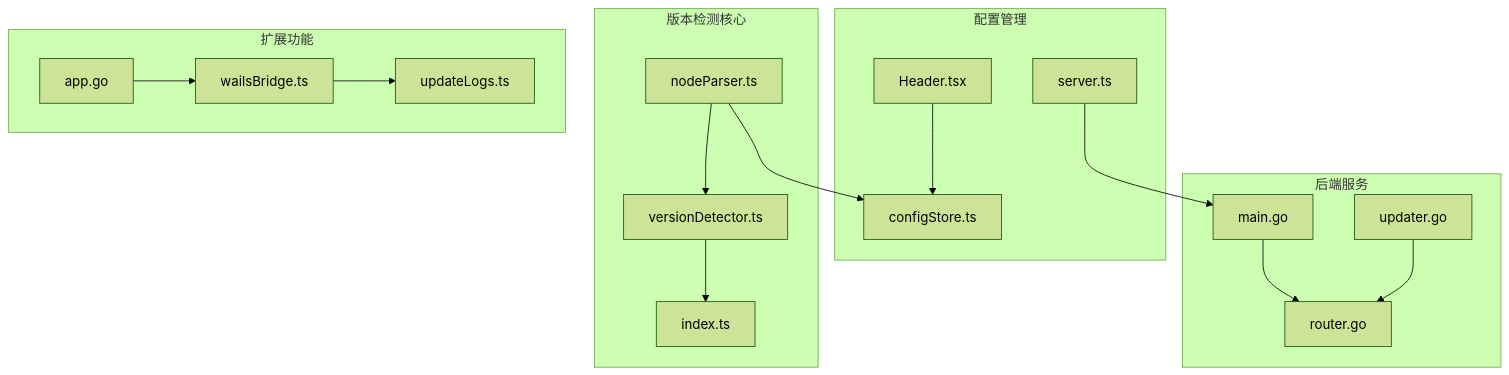
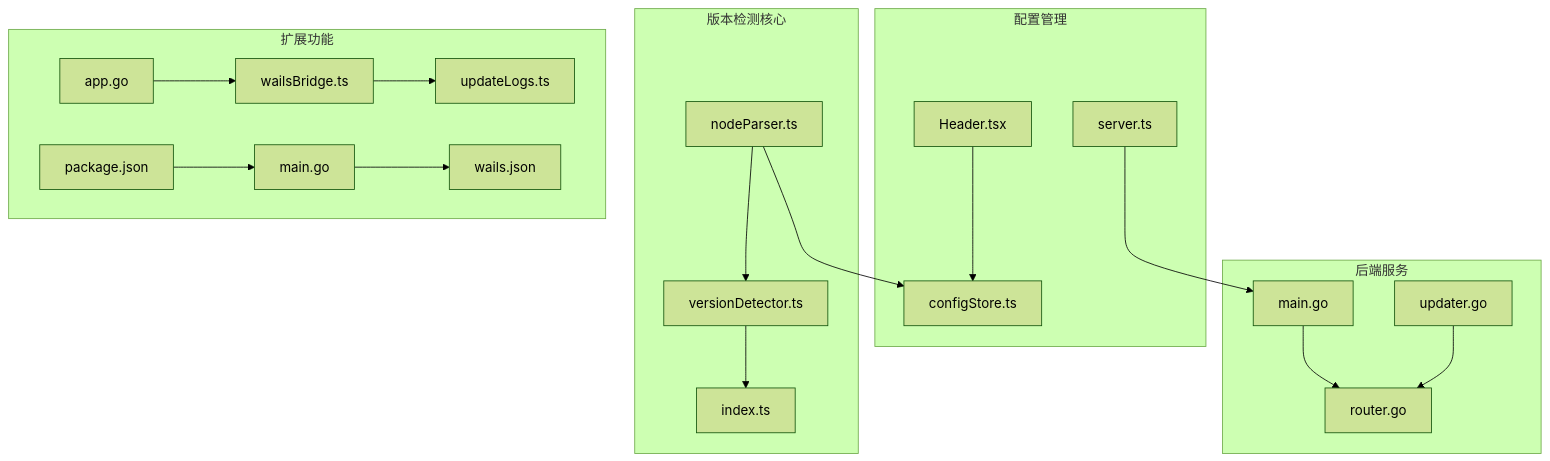
One commit to kqcoxn/MaaPipelineEditor changed diagram 11 of 11 in .qoder/repowiki/zh/content/版本检测系统.md. Above: the diagram before and after it, drawn with Mermaid (forest theme). The commit also changed other lines of this file and 13 other files, not shown here.

````diff
--- a/.qoder/repowiki/zh/content/版本检测系统.md
+++ b/.qoder/repowiki/zh/content/版本检测系统.md
@@ -345,32 +428,37 @@
 ```mermaid
 graph TD
 subgraph "版本检测核心"
 A[versionDetector.ts]
 B[nodeParser.ts]
 C[index.ts]
 end
 subgraph "配置管理"
 D[configStore.ts]
 E[server.ts]
 F[Header.tsx]
 end
 subgraph "后端服务"
 G[main.go]
 H[router.go]
 I[updater.go]
 end
 subgraph "扩展功能"
 J[app.go]
 K[wailsBridge.ts]
 L[updateLogs.ts]
+M[main.go]
+N[wails.json]
+O[package.json]
 end
 A --> C
 B --> A
 B --> D
 E --> G
 F --> D
 G --> H
 I --> H
 J --> K
 K --> L
+M --> N
+O --> M
 ```
````
